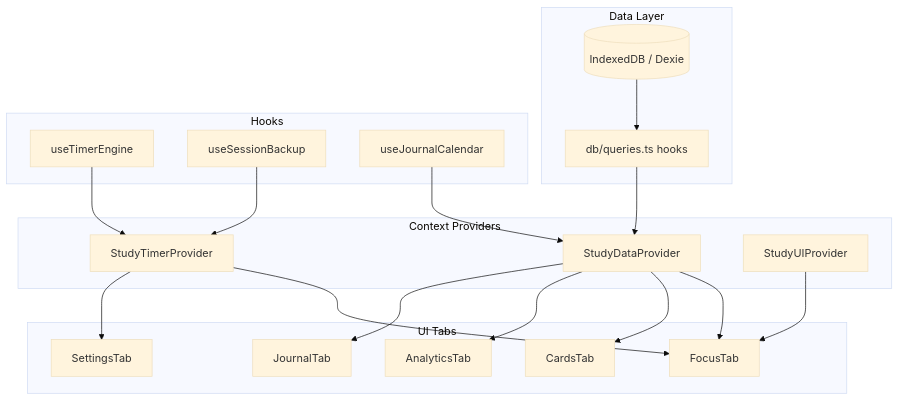
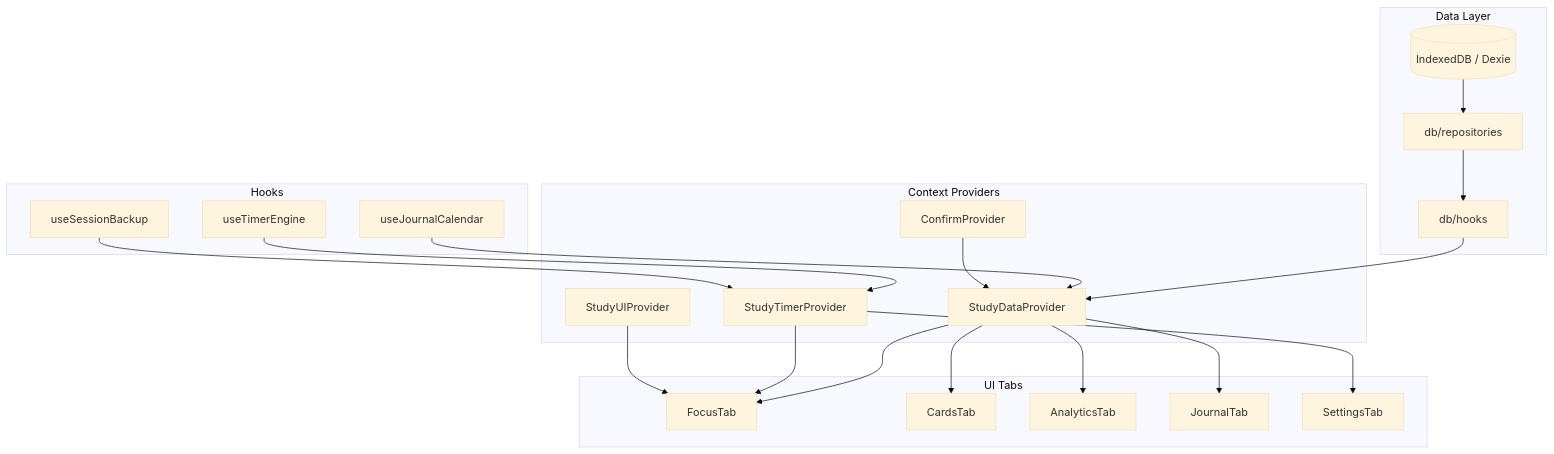
Before and after one commit to Sankalpa-KMCP/StudyApp: the diagram in README.md, drawn with Mermaid (base theme). The commit also changed other lines of this file, not shown here.

Commit message:
docs: sync README architecture and testing guide

````diff
--- a/README.md
+++ b/README.md
@@ -78,36 +80,40 @@
 ```mermaid
 flowchart TB
   subgraph data [Data Layer]
     db[(IndexedDB / Dexie)]
-    queries[db/queries.ts hooks]
+    repos[db/repositories]
+    dbHooks[db/hooks]
   end
   subgraph hooks [Hooks]
     timer[useTimerEngine]
     backup[useSessionBackup]
     journal[useJournalCalendar]
   end
   subgraph context [Context Providers]
+    confirmP[ConfirmProvider]
     dataP[StudyDataProvider]
     timerP[StudyTimerProvider]
     uiP[StudyUIProvider]
   end
   subgraph ui [UI Tabs]
     focus[FocusTab]
     cards[CardsTab]
     analytics[AnalyticsTab]
     journalTab[JournalTab]
     settings[SettingsTab]
   end
-  db --> queries
-  queries --> dataP
+  db --> repos
+  repos --> dbHooks
+  dbHooks --> dataP
   timer --> timerP
   backup --> timerP
   journal --> dataP
+  confirmP --> dataP
   dataP --> focus
   timerP --> focus
   uiP --> focus
   dataP --> cards
   dataP --> analytics
   dataP --> journalTab
   timerP --> settings
 ```
````
